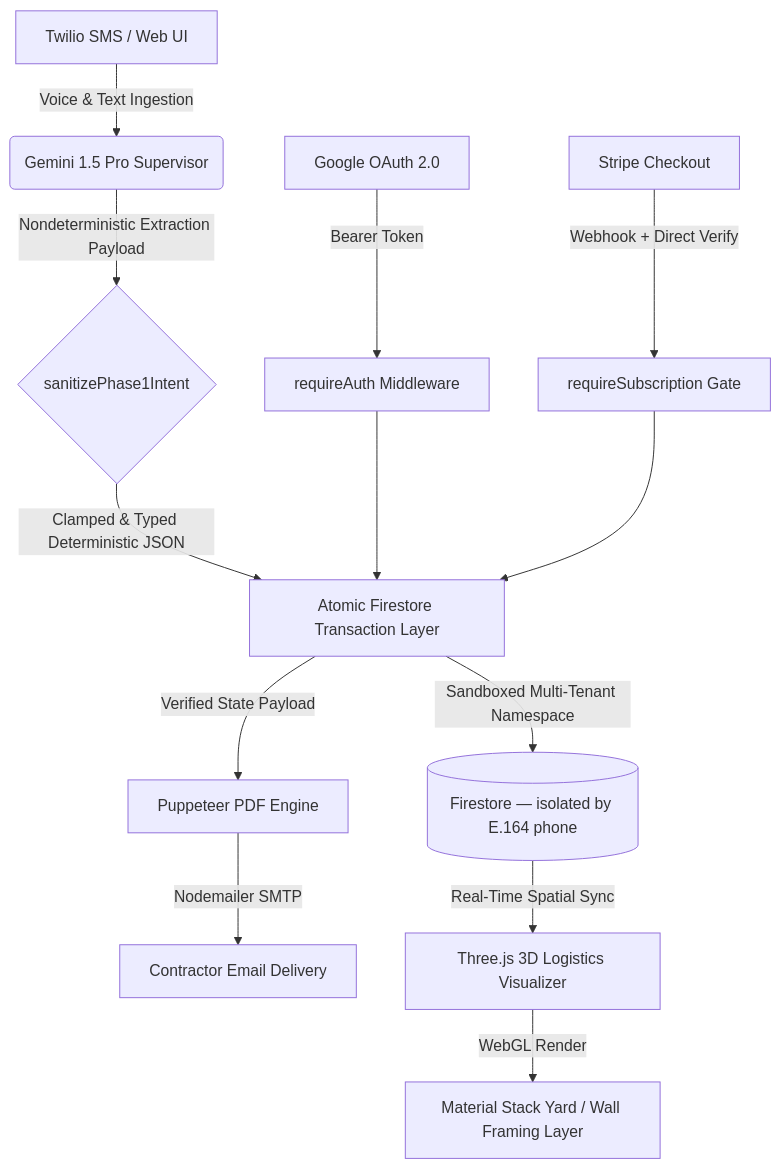
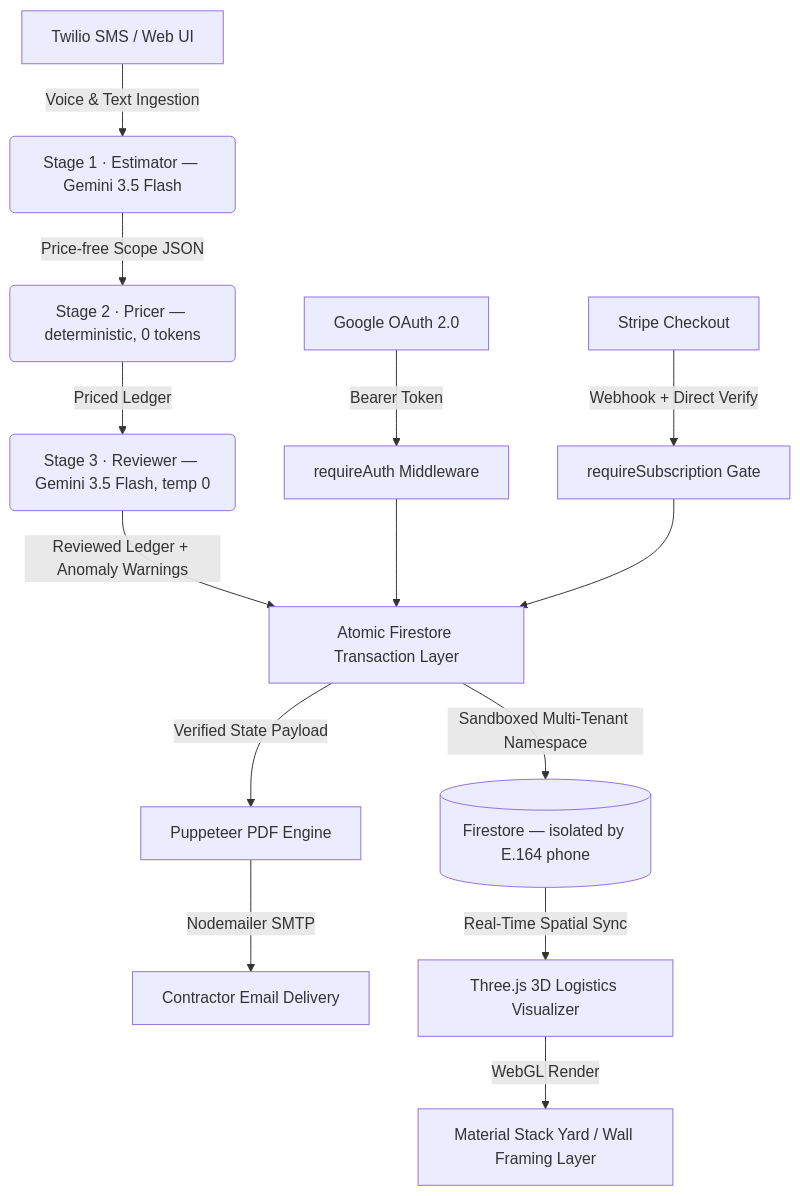
Before and after one commit to iPolluxx/StudCast: the diagram in README.md, drawn with Mermaid. The commit also changed other lines of this file and 7 other files, not shown here.

First line of the commit message:
feat: deterministic 3-stage estimation pipeline (PIPELINE_V2)

````diff
--- a/README.md
+++ b/README.md
@@ -12,15 +12,16 @@
 ```mermaid
 graph TD
-    A[Twilio SMS / Web UI] -->|Voice & Text Ingestion| B(Gemini 1.5 Pro Supervisor)
-    B -->|Nondeterministic Extraction Payload| C{sanitizePhase1Intent}
-    C -->|Clamped & Typed Deterministic JSON| D[Atomic Firestore Transaction Layer]
+    A[Twilio SMS / Web UI] -->|Voice & Text Ingestion| B(Stage 1 · Estimator — Gemini 3.5 Flash)
+    B -->|Price-free Scope JSON| P(Stage 2 · Pricer — deterministic, 0 tokens)
+    P -->|Priced Ledger| R(Stage 3 · Reviewer — Gemini 3.5 Flash, temp 0)
+    R -->|Reviewed Ledger + Anomaly Warnings| D[Atomic Firestore Transaction Layer]
     D -->|Sandboxed Multi-Tenant Namespace| E[(Firestore — isolated by E.164 phone)]
     D -->|Verified State Payload| F[Puppeteer PDF Engine]
     F -->|Nodemailer SMTP| G[Contractor Email Delivery]
     E -->|Real-Time Spatial Sync| H[Three.js 3D Logistics Visualizer]
     H -->|WebGL Render| I[Material Stack Yard / Wall Framing Layer]
     J[Google OAuth 2.0] -->|Bearer Token| K[requireAuth Middleware]
     K --> D
     L[Stripe Checkout] -->|Webhook + Direct Verify| M[requireSubscription Gate]
     M --> D
 ```
````
